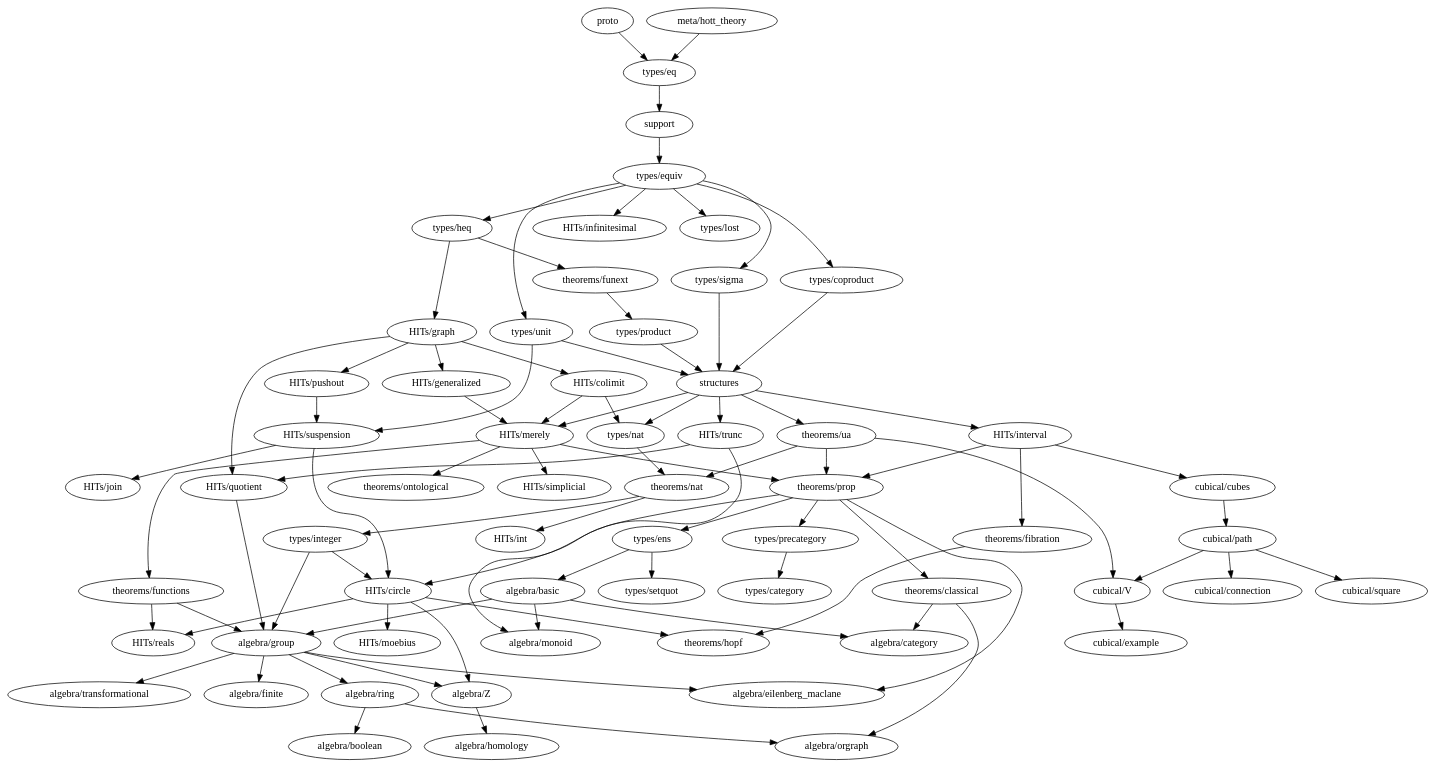
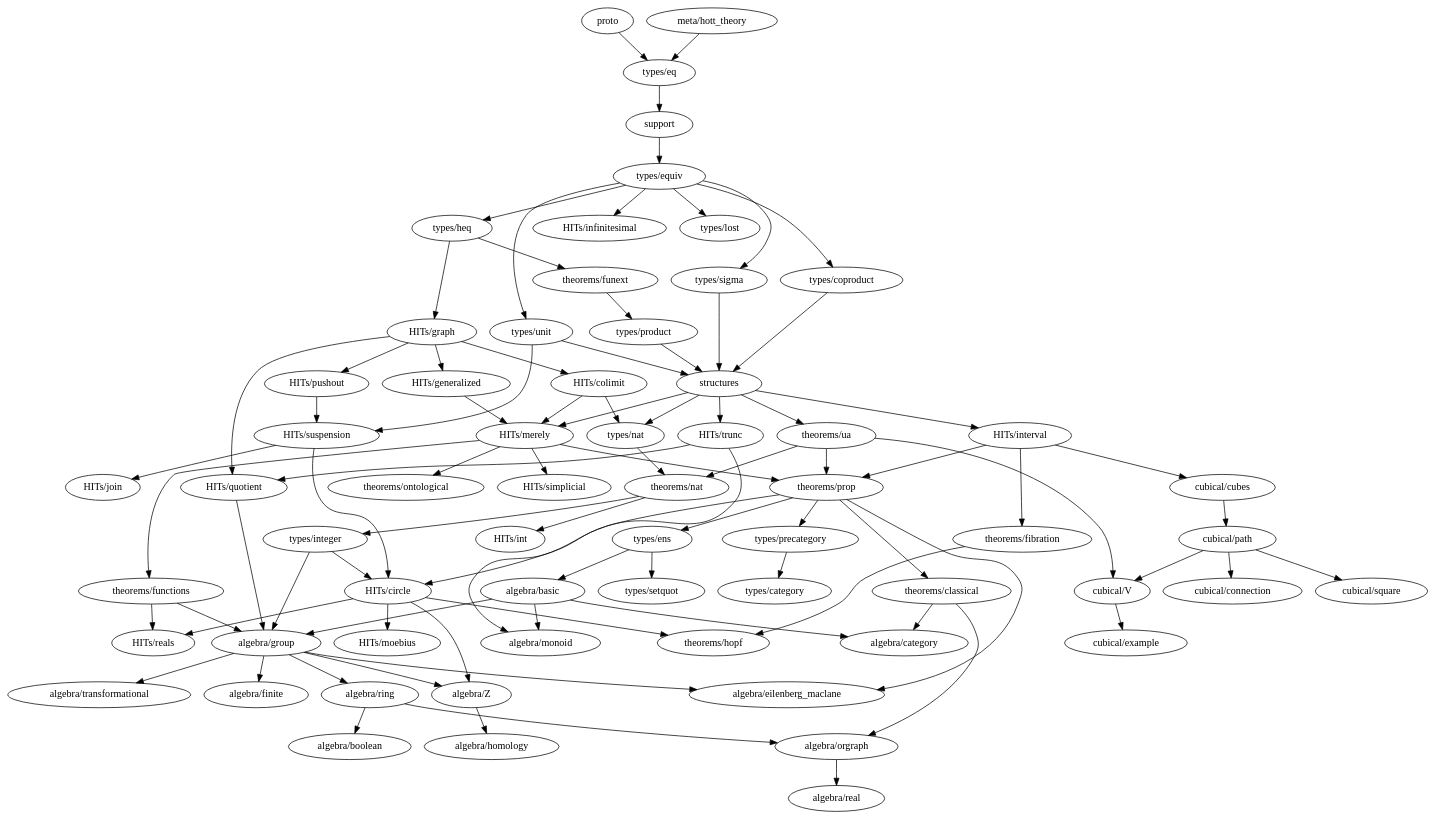
The diagram in dependency-map.gv (forked-from-1kasper/ground_zero), drawn with Graphviz before and after one commit. The commit also changed 2 other files, not shown here.

```diff
--- a/dependency-map.gv
+++ b/dependency-map.gv
@@ -1,136 +1,137 @@
 digraph dependency_map {
   proto -> "types/eq"
   "meta/hott_theory" -> "types/eq"
   support -> "types/equiv"
   structures -> {
     "HITs/interval",
     "HITs/merely",
     "HITs/trunc",
     "types/nat",
     "theorems/ua"
   }
 
   subgraph algebra {
     "algebra/basic" -> { "algebra/category", "algebra/monoid", "algebra/group" }
     "algebra/boolean"
     "algebra/category"
     "algebra/eilenberg_maclane"
     "algebra/finite"
     "algebra/group" -> {
       "algebra/eilenberg_maclane",
       "algebra/finite",
       "algebra/ring",
       "algebra/transformational",
       "algebra/Z"
     }
     "algebra/homology"
     "algebra/monoid"
-    "algebra/orgraph"
+    "algebra/orgraph" -> { "algebra/real" }
+    "algebra/real"
     "algebra/ring" -> { "algebra/boolean", "algebra/orgraph" }
     "algebra/transformational"
     "algebra/Z" -> { "algebra/homology" }
   }
 
   subgraph types {
     "types/category"
     "types/coproduct" -> { structures }
     "types/eq" -> { support }
     "types/ens" -> { "algebra/basic", "types/setquot" }
     "types/equiv" -> {
       "types/heq",
       "HITs/infinitesimal",
       "types/coproduct",
       "types/lost",
       "types/unit",
       "types/sigma"
     }
     "types/heq" -> {
       "HITs/graph", "theorems/funext"
     }
     "types/integer" -> {
       "algebra/group",
       "HITs/circle"
     }
     "types/lost"
     "types/nat" -> { "theorems/nat" }
     "types/precategory" -> { "types/category" }
     "types/product" -> { structures }
     "types/setquot"
     "types/sigma" -> { structures }
     "types/unit" -> { structures, "HITs/suspension" }
   }
 
   subgraph HITs {
     "HITs/circle" -> {
       "algebra/Z",
       "theorems/hopf",
       "HITs/moebius",
       "HITs/reals"
     }
     "HITs/colimit" -> { "HITs/merely", "types/nat" }
     "HITs/generalized" -> "HITs/merely"
     "HITs/graph" -> {
       "HITs/colimit",
       "HITs/generalized",
       "HITs/pushout",
       "HITs/quotient"
     }
     "HITs/infinitesimal"
     "HITs/interval" -> {
       "cubical/cubes",
       "theorems/prop",
       "theorems/fibration"
     }
     "HITs/join"
     "HITs/merely" -> {
       "theorems/ontological",
       "theorems/prop",
       "HITs/simplicial",
       "theorems/functions"
     }
     "HITs/moebius"
     "HITs/pushout" -> {
       "HITs/suspension"
     }
     "HITs/quotient" -> { "algebra/group" }
     "HITs/reals"
     "HITs/simplicial"
     "HITs/suspension" -> { "HITs/circle", "HITs/join" }
     "HITs/trunc" -> { "algebra/monoid", "HITs/quotient" }
   }
 
   subgraph cubical {
     "cubical/connection"
     "cubical/cubes" -> "cubical/path"
     "cubical/example"
     "cubical/path" -> {
       "cubical/square",
       "cubical/V",
       "cubical/connection"
     }
     "cubical/square"
     "cubical/V" -> { "cubical/example" }
   }
 
   subgraph theorems {
     "theorems/classical" -> { "algebra/category", "algebra/orgraph" }
     "theorems/fibration" -> { "theorems/hopf" }
     "theorems/functions" -> { "HITs/reals", "algebra/group" }
     "theorems/funext" -> { "types/product" }
     "theorems/hopf"
     "theorems/ontological"
     "theorems/nat" -> { "HITs/int", "types/integer" }
     "theorems/prop" -> {
       "algebra/eilenberg_maclane",
       "HITs/circle",
       "types/ens",
       "types/precategory",
       "theorems/classical"
     }
     "theorems/ua" -> {
       "theorems/nat",
       "theorems/prop",
       "cubical/V"
     }
   }
 }
```
